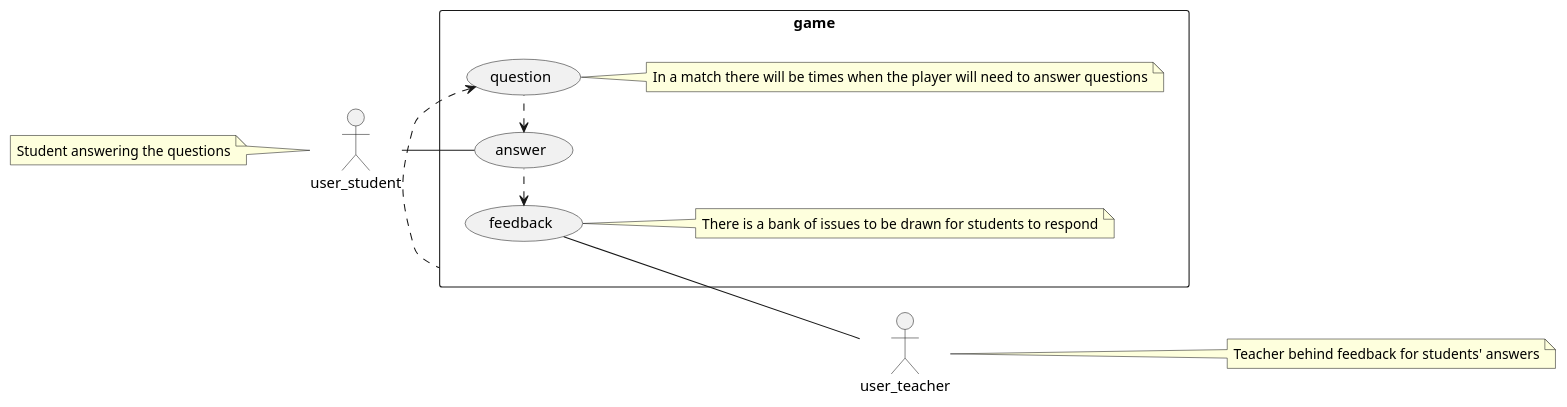
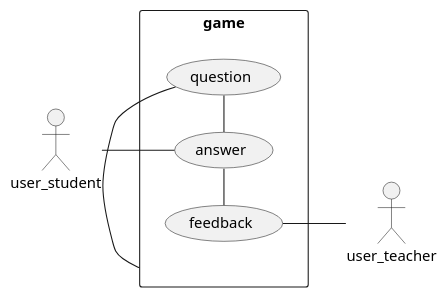
The diagram in docs/uml/ucStudentTeacher.puml (orion-services/game), drawn with PlantUML before and after one commit. The commit also changed 1 other file, not shown here.

```diff
--- a/docs/uml/ucStudentTeacher.puml
+++ b/docs/uml/ucStudentTeacher.puml
@@ -1,23 +1,19 @@
 @startuml
 
 left to right direction
 skinparam packageStyle rectangle
 actor user_student as student
-note left : Student answering the questions
 actor user_teacher as teacher
-note right : Teacher behind feedback for students' answers
 rectangle game {
     student -- (answer)
-    (question) <. (game)
-    note right :In a match there will be times when the player will need to answer questions
-    (feedback) <. (answer)
-    (answer) <. (question)
-    note right : There is a bank of issues to be drawn for students to respond
+    (question) - (game)
+    (feedback) - (answer)
+    (answer) - (question)
     (feedback) -- teacher
 
     
 }
 
 
 
 @enduml
```
